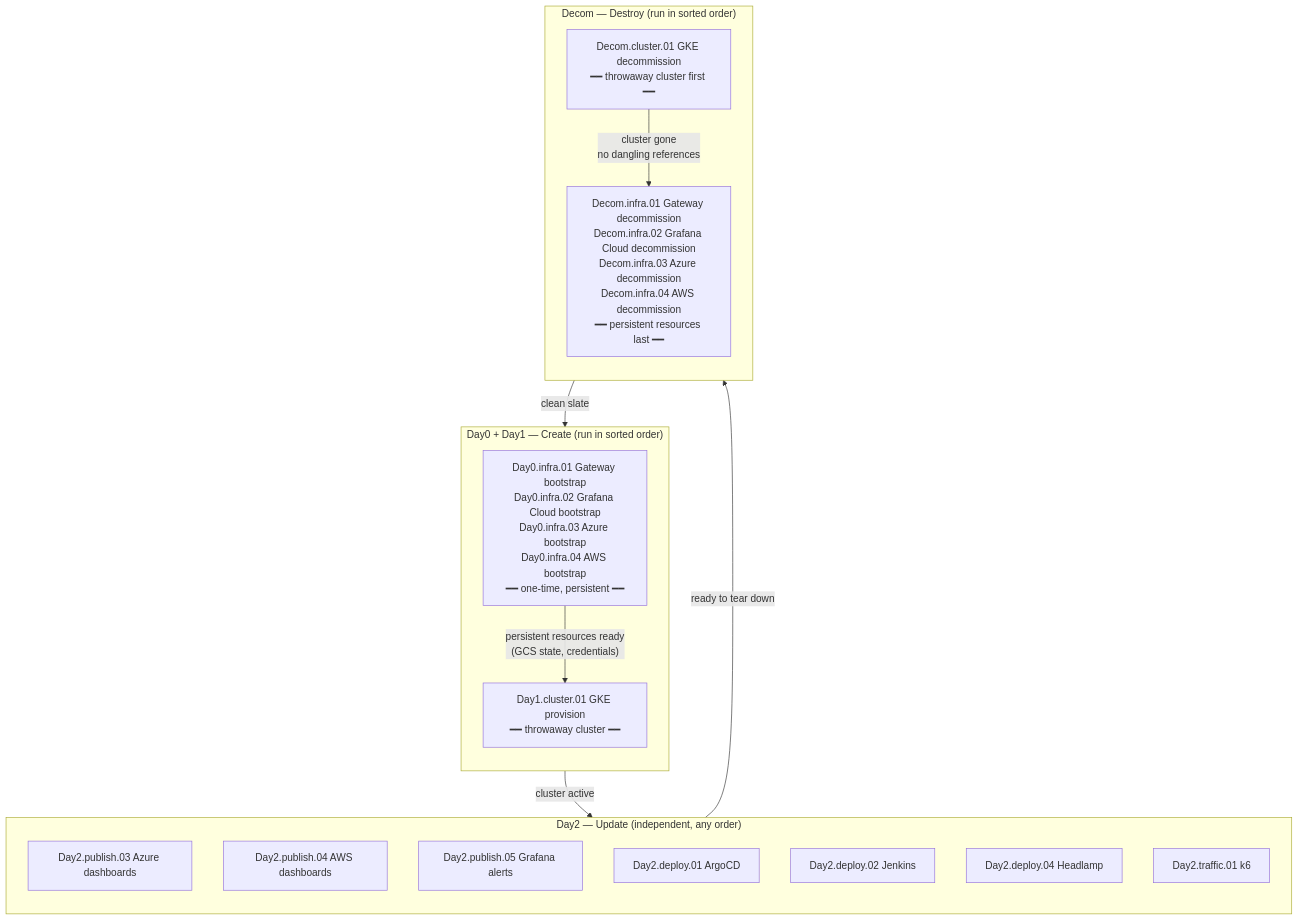
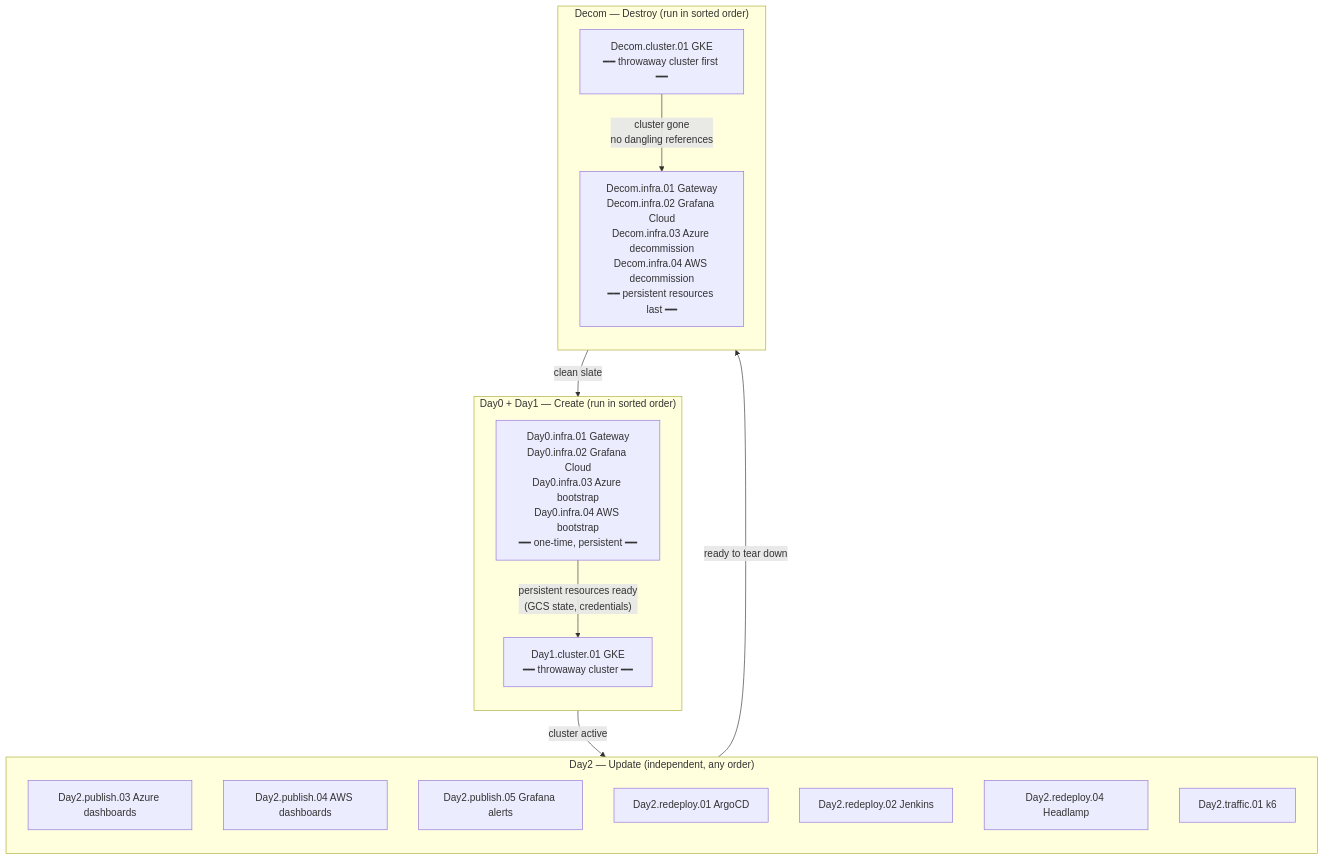
One commit to nubenetes/jenkins-2026 changed the first of 2 diagrams in docs/101-GITHUB_ACTIONS_WORKFLOWS.md. Above: the diagram before and after it, drawn with Mermaid. The commit also changed other lines of this file and 31 other files, not shown here.

````diff
--- a/docs/101-GITHUB_ACTIONS_WORKFLOWS.md
+++ b/docs/101-GITHUB_ACTIONS_WORKFLOWS.md
@@ -74,31 +74,31 @@
 ```mermaid
 flowchart TD
     subgraph PHASE0 ["Day0 + Day1 — Create (run in sorted order)"]
         direction TB
-        P0_1["Day0.infra.01 Gateway bootstrap\nDay0.infra.02 Grafana Cloud bootstrap\nDay0.infra.03 Azure bootstrap\nDay0.infra.04 AWS bootstrap\n━━ one-time, persistent ━━"]
-        P0_2["Day1.cluster.01 GKE provision\n━━ throwaway cluster ━━"]
+        P0_1["Day0.infra.01 Gateway\nDay0.infra.02 Grafana Cloud\nDay0.infra.03 Azure bootstrap\nDay0.infra.04 AWS bootstrap\n━━ one-time, persistent ━━"]
+        P0_2["Day1.cluster.01 GKE\n━━ throwaway cluster ━━"]
         P0_1 -->|"persistent resources ready\n(GCS state, credentials)"| P0_2
     end
 
     subgraph PHASE5 ["Day2 — Update (independent, any order)"]
         direction TB
         P5_1a["Day2.publish.03 Azure dashboards"]
         P5_1b["Day2.publish.04 AWS dashboards"]
         P5_1c["Day2.publish.05 Grafana alerts"]
-        P5_2z["Day2.deploy.01 ArgoCD"]
-        P5_2a["Day2.deploy.02 Jenkins"]
-        P5_2b["Day2.deploy.04 Headlamp"]
+        P5_2z["Day2.redeploy.01 ArgoCD"]
+        P5_2a["Day2.redeploy.02 Jenkins"]
+        P5_2b["Day2.redeploy.04 Headlamp"]
         P5_9["Day2.traffic.01 k6"]
     end
 
     subgraph PHASE9 ["Decom — Destroy (run in sorted order)"]
         direction TB
-        P9_1["Decom.cluster.01 GKE decommission\n━━ throwaway cluster first ━━"]
-        P9_2["Decom.infra.01 Gateway decommission\nDecom.infra.02 Grafana Cloud decommission\nDecom.infra.03 Azure decommission\nDecom.infra.04 AWS decommission\n━━ persistent resources last ━━"]
+        P9_1["Decom.cluster.01 GKE\n━━ throwaway cluster first ━━"]
+        P9_2["Decom.infra.01 Gateway\nDecom.infra.02 Grafana Cloud\nDecom.infra.03 Azure decommission\nDecom.infra.04 AWS decommission\n━━ persistent resources last ━━"]
         P9_1 -->|"cluster gone\nno dangling references"| P9_2
     end
 
     PHASE0 -->|"cluster active"| PHASE5
     PHASE5 -->|"ready to tear down"| PHASE9
     PHASE9 -->|"clean slate"| PHASE0
 ```
````
